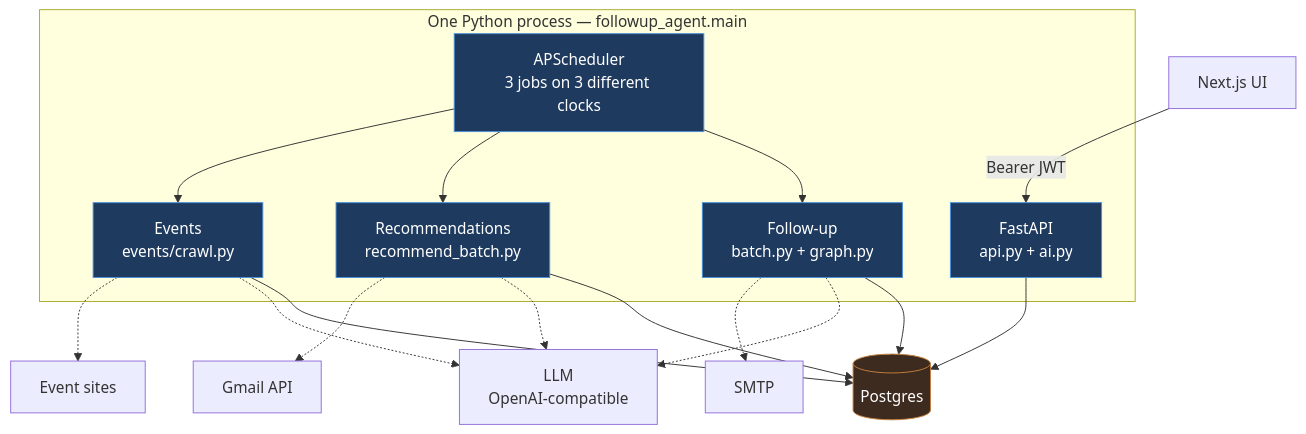
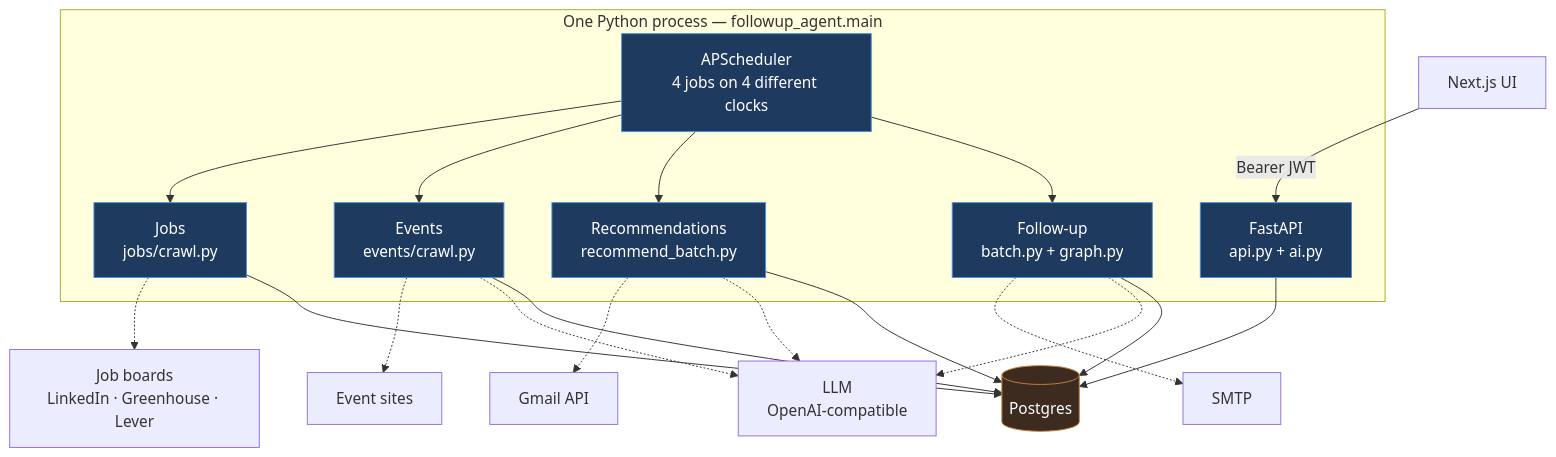
Before and after one commit to KHChuadri/prospect: the first of 3 diagrams in docs/AGENTS-ONBOARDING.md, drawn with Mermaid. The commit also changed other lines of this file and 3 other files, not shown here.

First line of the commit message:
docs: teach the job crawler in the onboarding and architecture docs

````diff
--- a/docs/AGENTS-ONBOARDING.md
+++ b/docs/AGENTS-ONBOARDING.md
@@ -34,33 +39,37 @@
 ```mermaid
 graph TB
     subgraph proc["One Python process — followup_agent.main"]
-        SCHED["APScheduler<br/>3 jobs on 3 different clocks"]
+        SCHED["APScheduler<br/>4 jobs on 4 different clocks"]
         A1["Follow-up<br/>batch.py + graph.py"]
         A2["Recommendations<br/>recommend_batch.py"]
         A3["Events<br/>events/crawl.py"]
+        A4["Jobs<br/>jobs/crawl.py"]
         API["FastAPI<br/>api.py + ai.py"]
     end
 
     SCHED --> A1
     SCHED --> A2
     SCHED --> A3
+    SCHED --> A4
 
     A1 --> PG[("Postgres")]
     A2 --> PG
     A3 --> PG
+    A4 --> PG
     API --> PG
 
     A1 -.-> LLM["LLM<br/>OpenAI-compatible"]
     A2 -.-> LLM
     A3 -.-> LLM
     A2 -.-> GM["Gmail API"]
     A3 -.-> WEB["Event sites"]
+    A4 -.-> BOARDS["Job boards<br/>LinkedIn · Greenhouse · Lever"]
     A1 -.-> SMTP["SMTP"]
 
     UI["Next.js UI"] -->|"Bearer JWT"| API
 
     classDef svc fill:#1e3a5f,stroke:#4a90d9,color:#fff
     classDef db fill:#3d2b1f,stroke:#c47f3d,color:#fff
-    class SCHED,A1,A2,A3,API svc
+    class SCHED,A1,A2,A3,A4,API svc
     class PG db
 ```
````
